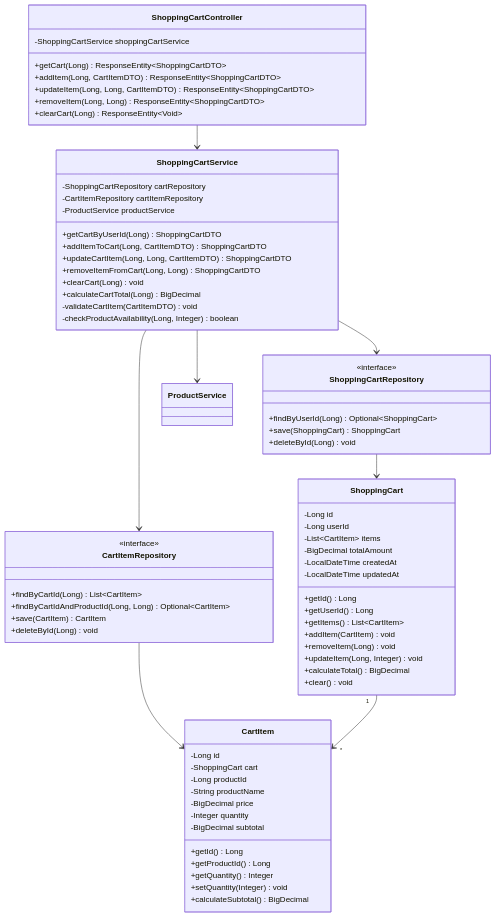
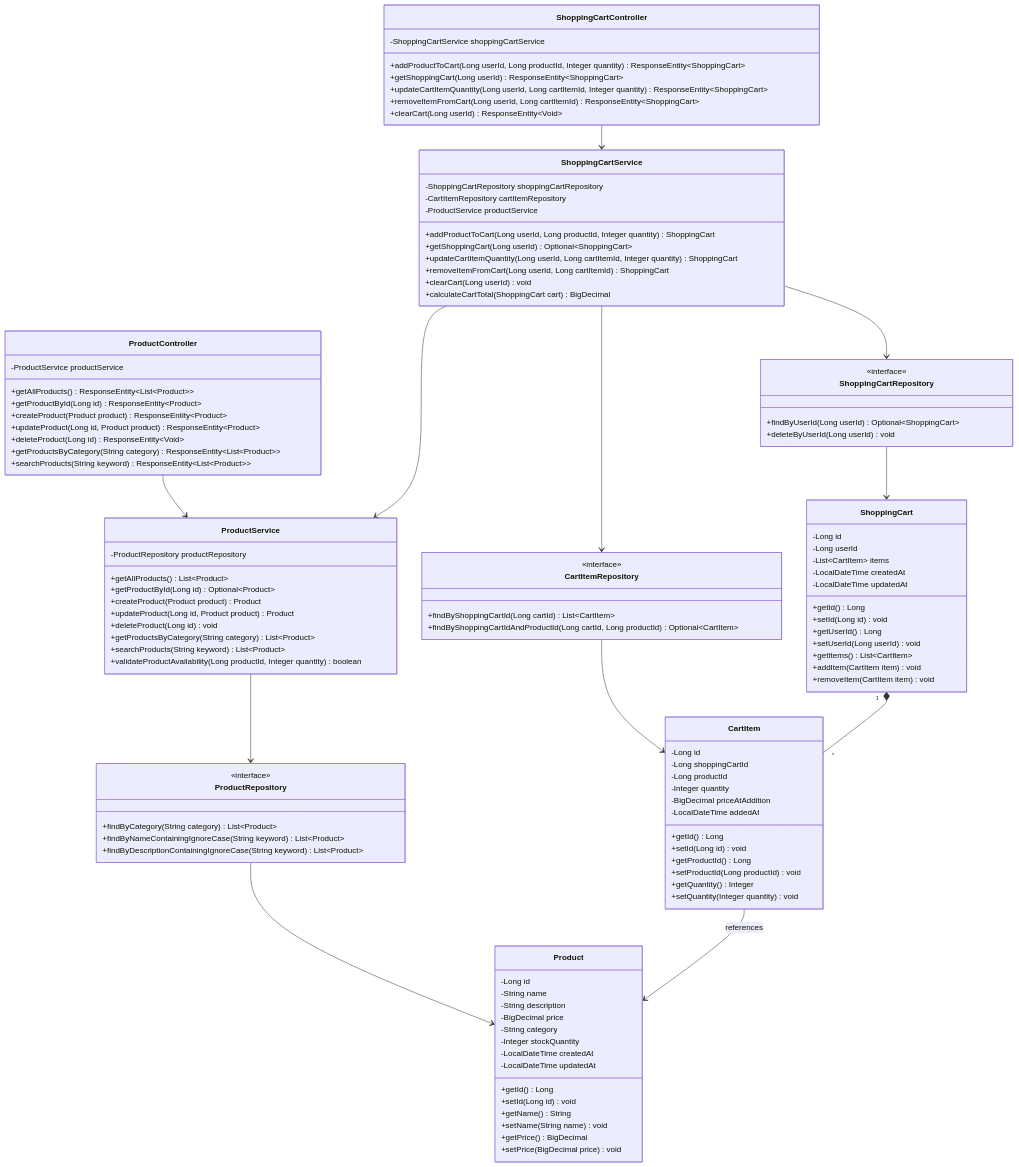
Before and after one commit to NavneetBN47/aava-ecom-demo: the fifth of 26 diagrams in docs/LLD/modified_lld.md, drawn with Mermaid. The commit also changed other lines of this file, not shown here.

````diff
--- a/docs/LLD/modified_lld.md
+++ b/docs/LLD/modified_lld.md
@@ -403,74 +305,118 @@
 ```mermaid
 classDiagram
+    class ProductController {
+        -ProductService productService
+        +getAllProducts() ResponseEntity~List~Product~~
+        +getProductById(Long id) ResponseEntity~Product~
+        +createProduct(Product product) ResponseEntity~Product~
+        +updateProduct(Long id, Product product) ResponseEntity~Product~
+        +deleteProduct(Long id) ResponseEntity~Void~
+        +getProductsByCategory(String category) ResponseEntity~List~Product~~
+        +searchProducts(String keyword) ResponseEntity~List~Product~~
+    }
+    
+    class ProductService {
+        -ProductRepository productRepository
+        +getAllProducts() List~Product~
+        +getProductById(Long id) Optional~Product~
+        +createProduct(Product product) Product
+        +updateProduct(Long id, Product product) Product
+        +deleteProduct(Long id) void
+        +getProductsByCategory(String category) List~Product~
+        +searchProducts(String keyword) List~Product~
+        +validateProductAvailability(Long productId, Integer quantity) boolean
+    }
+    
+    class ProductRepository {
+        <<interface>>
+        +findByCategory(String category) List~Product~
+        +findByNameContainingIgnoreCase(String keyword) List~Product~
+        +findByDescriptionContainingIgnoreCase(String keyword) List~Product~
+    }
+    
+    class Product {
+        -Long id
+        -String name
+        -String description
+        -BigDecimal price
+        -String category
+        -Integer stockQuantity
+        -LocalDateTime createdAt
+        -LocalDateTime updatedAt
+        +getId() Long
+        +setId(Long id) void
+        +getName() String
+        +setName(String name) void
+        +getPrice() BigDecimal
+        +setPrice(BigDecimal price) void
+    }
+    
     class ShoppingCartController {
         -ShoppingCartService shoppingCartService
-        +getCart(Long) ResponseEntity~ShoppingCartDTO~
-        +addItem(Long, CartItemDTO) ResponseEntity~ShoppingCartDTO~
-        +updateItem(Long, Long, CartItemDTO) ResponseEntity~ShoppingCartDTO~
-        +removeItem(Long, Long) ResponseEntity~ShoppingCartDTO~
-        +clearCart(Long) ResponseEntity~Void~
+        +addProductToCart(Long userId, Long productId, Integer quantity) ResponseEntity~ShoppingCart~
+        +getShoppingCart(Long userId) ResponseEntity~ShoppingCart~
+        +updateCartItemQuantity(Long userId, Long cartItemId, Integer quantity) ResponseEntity~ShoppingCart~
+        +removeItemFromCart(Long userId, Long cartItemId) ResponseEntity~ShoppingCart~
+        +clearCart(Long userId) ResponseEntity~Void~
     }
     
     class ShoppingCartService {
-        -ShoppingCartRepository cartRepository
+        -ShoppingCartRepository shoppingCartRepository
         -CartItemRepository cartItemRepository
         -ProductService productService
-        +getCartByUserId(Long) ShoppingCartDTO
-        +addItemToCart(Long, CartItemDTO) ShoppingCartDTO
-        +updateCartItem(Long, Long, CartItemDTO) ShoppingCartDTO
-        +removeItemFromCart(Long, Long) ShoppingCartDTO
-        +clearCart(Long) void
-        +calculateCartTotal(Long) BigDecimal
-        -validateCartItem(CartItemDTO) void
-        -checkProductAvailability(Long, Integer) boolean
+        +addProductToCart(Long userId, Long productId, Integer quantity) ShoppingCart
+        +getShoppingCart(Long userId) Optional~ShoppingCart~
+        +updateCartItemQuantity(Long userId, Long cartItemId, Integer quantity) ShoppingCart
+        +removeItemFromCart(Long userId, Long cartItemId) ShoppingCart
+        +clearCart(Long userId) void
+        +calculateCartTotal(ShoppingCart cart) BigDecimal
     }
     
     class ShoppingCartRepository {
         <<interface>>
-        +findByUserId(Long) Optional~ShoppingCart~
-        +save(ShoppingCart) ShoppingCart
-        +deleteById(Long) void
+        +findByUserId(Long userId) Optional~ShoppingCart~
+        +deleteByUserId(Long userId) void
     }
     
     class CartItemRepository {
         <<interface>>
-        +findByCartId(Long) List~CartItem~
-        +findByCartIdAndProductId(Long, Long) Optional~CartItem~
-        +save(CartItem) CartItem
-        +deleteById(Long) void
+        +findByShoppingCartId(Long cartId) List~CartItem~
+        +findByShoppingCartIdAndProductId(Long cartId, Long productId) Optional~CartItem~
     }
     
     class ShoppingCart {
         -Long id
         -Long userId
         -List~CartItem~ items
-        -BigDecimal totalAmount
         -LocalDateTime createdAt
         -LocalDateTime updatedAt
         +getId() Long
+        +setId(Long id) void
         +getUserId() Long
+        +setUserId(Long userId) void
         +getItems() List~CartItem~
-        +addItem(CartItem) void
-        +removeItem(Long) void
-        +updateItem(Long, Integer) void
-        +calculateTotal() BigDecimal
-        +clear() void
+        +addItem(CartItem item) void
+        +removeItem(CartItem item) void
     }
     
     class CartItem {
         -Long id
-        -ShoppingCart cart
+        -Long shoppingCartId
         -Long productId
-        -String productName
-        -BigDecimal price
         -Integer quantity
-        -BigDecimal subtotal
+        -BigDecimal priceAtAddition
+        -LocalDateTime addedAt
         +getId() Long
+        +setId(Long id) void
         +getProductId() Long
+        +setProductId(Long productId) void
         +getQuantity() Integer
-        +setQuantity(Integer) void
-        +calculateSubtotal() BigDecimal
+        +setQuantity(Integer quantity) void
     }
+    
+    ProductController --> ProductService
+    ProductService --> ProductRepository
+    ProductRepository --> Product
     
     ShoppingCartController --> ShoppingCartService
     ShoppingCartService --> ShoppingCartRepository
@@ -478,5 +424,6 @@
     ShoppingCartService --> ProductService
     ShoppingCartRepository --> ShoppingCart
     CartItemRepository --> CartItem
-    ShoppingCart "1" --> "*" CartItem
+    ShoppingCart "1" *-- "*" CartItem
+    CartItem --> Product : references
 ```
````
